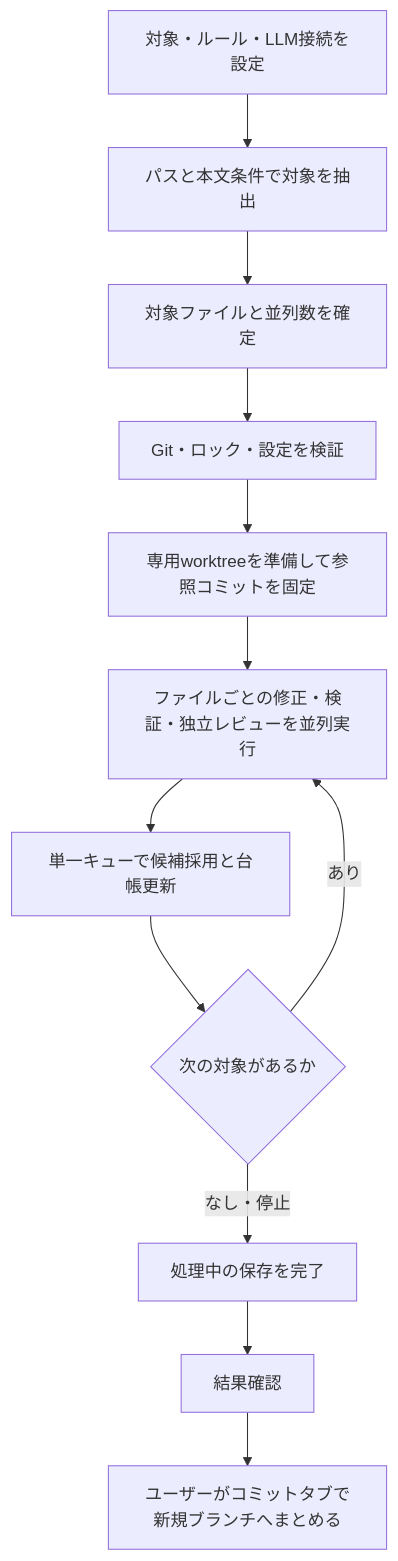
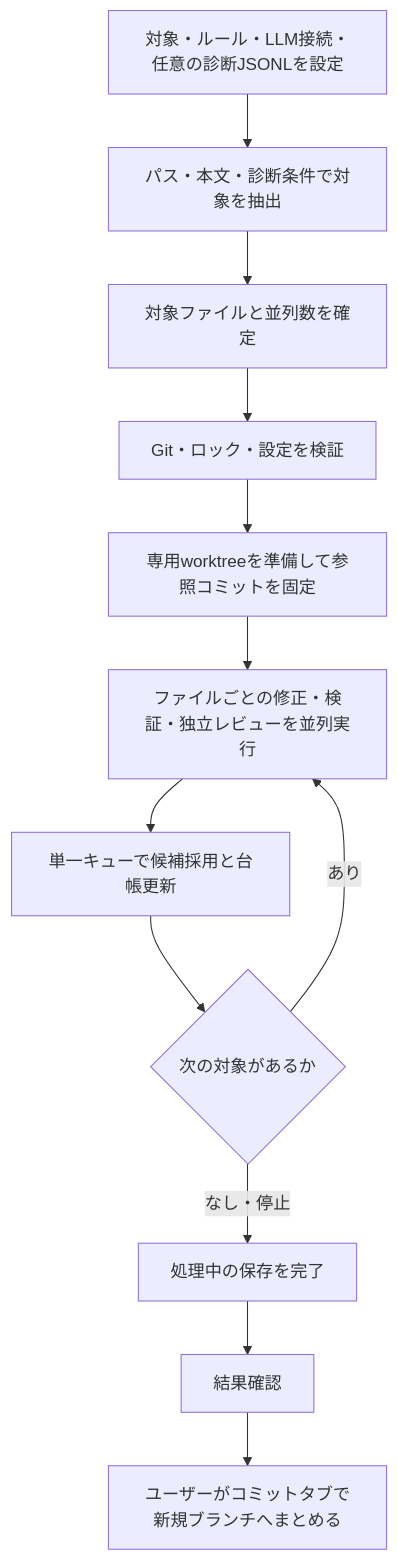
The first of 2 diagrams in docs/ai-harness.md (sunu-py-jp/OneByOne), drawn with Mermaid before and after one commit. The commit also changed other lines of this file and 70 other files, not shown here.

````diff
--- a/docs/ai-harness.md
+++ b/docs/ai-harness.md
@@ -29,14 +29,14 @@
 ```mermaid
 flowchart TD
-    Setup["対象・ルール・LLM接続を設定"] --> Scan["パスと本文条件で対象を抽出"]
+    Setup["対象・ルール・LLM接続・任意の診断JSONLを設定"] --> Scan["パス・本文・診断条件で対象を抽出"]
     Scan --> Select["対象ファイルと並列数を確定"]
     Select --> Start["Git・ロック・設定を検証"]
     Start --> Base["専用worktreeを準備して参照コミットを固定"]
     Base --> Workers["ファイルごとの修正・検証・独立レビューを並列実行"]
     Workers --> Writer["単一キューで候補採用と台帳更新"]
     Writer --> More{"次の対象があるか"}
     More -->|"あり"| Workers
     More -->|"なし・停止"| Drain["処理中の保存を完了"]
     Drain --> Results["結果確認"]
     Results --> Publish["ユーザーがコミットタブで新規ブランチへまとめる"]
 ```
````
